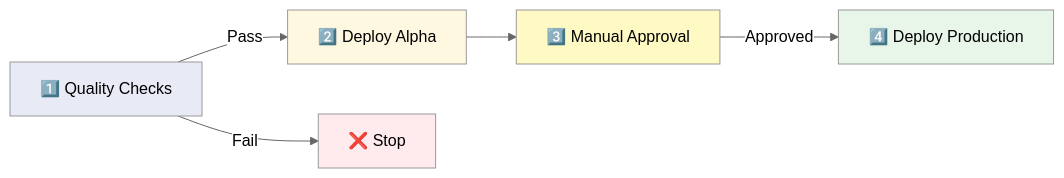
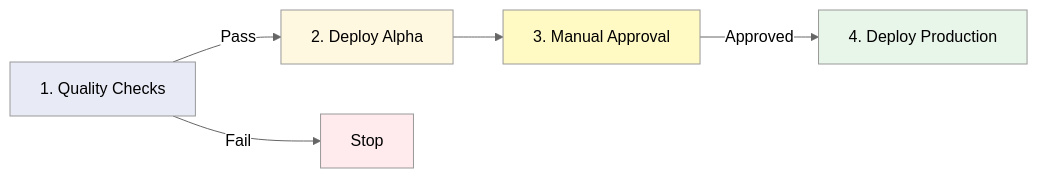
The second of 4 diagrams in docs/PIPELINE.md (antho104/RoleReady), drawn with Mermaid (neutral theme) before and after one commit. The commit also changed other lines of this file, not shown here.

````diff
--- a/docs/PIPELINE.md
+++ b/docs/PIPELINE.md
@@ -35,14 +35,14 @@
 ```mermaid
 graph LR
-    A[1️⃣ Quality Checks] -->|Pass| B[2️⃣ Deploy Alpha]
-    B --> C[3️⃣ Manual Approval]
-    C -->|Approved| D[4️⃣ Deploy Production]
+    A[1. Quality Checks] -->|Pass| B[2. Deploy Alpha]
+    B --> C[3. Manual Approval]
+    C -->|Approved| D[4. Deploy Production]
 
-    A -->|Fail| X[❌ Stop]
+    A -->|Fail| X[Stop]
 
     style A fill:#e8eaf6
     style B fill:#fff8e1
     style C fill:#fff9c4
     style D fill:#e8f5e9
     style X fill:#ffebee
 ```
````
